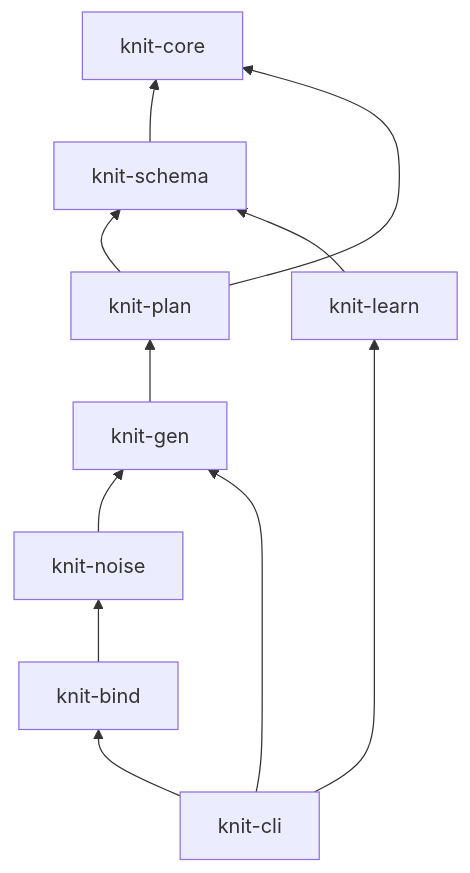
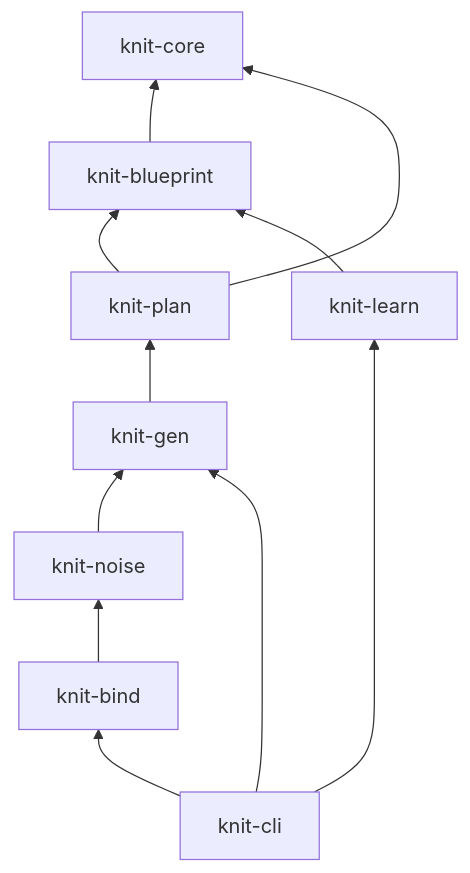
One commit to Yaming-Hub/knit changed the fifth of 9 diagrams in docs/architecture.md. Above: the diagram before and after it, drawn with Mermaid. The commit also changed other lines of this file and 99 other files, not shown here.

First line of the commit message:
refactor: rename 'schema' to 'blueprint' throughout codebase (#235)

````diff
--- a/docs/architecture.md
+++ b/docs/architecture.md
@@ -134,11 +134,11 @@
 ```mermaid
 flowchart BT
     core[knit-core]
-    schema[knit-schema] --> core
-    plan[knit-plan] --> core & schema
+    blueprint[knit-blueprint] --> core
+    plan[knit-plan] --> core & blueprint
     gen[knit-gen] --> plan
     noise[knit-noise] --> gen
     bind[knit-bind] --> noise
-    learn[knit-learn] --> schema
+    learn[knit-learn] --> blueprint
     cli[knit-cli] --> gen & learn & bind
 ```
````
